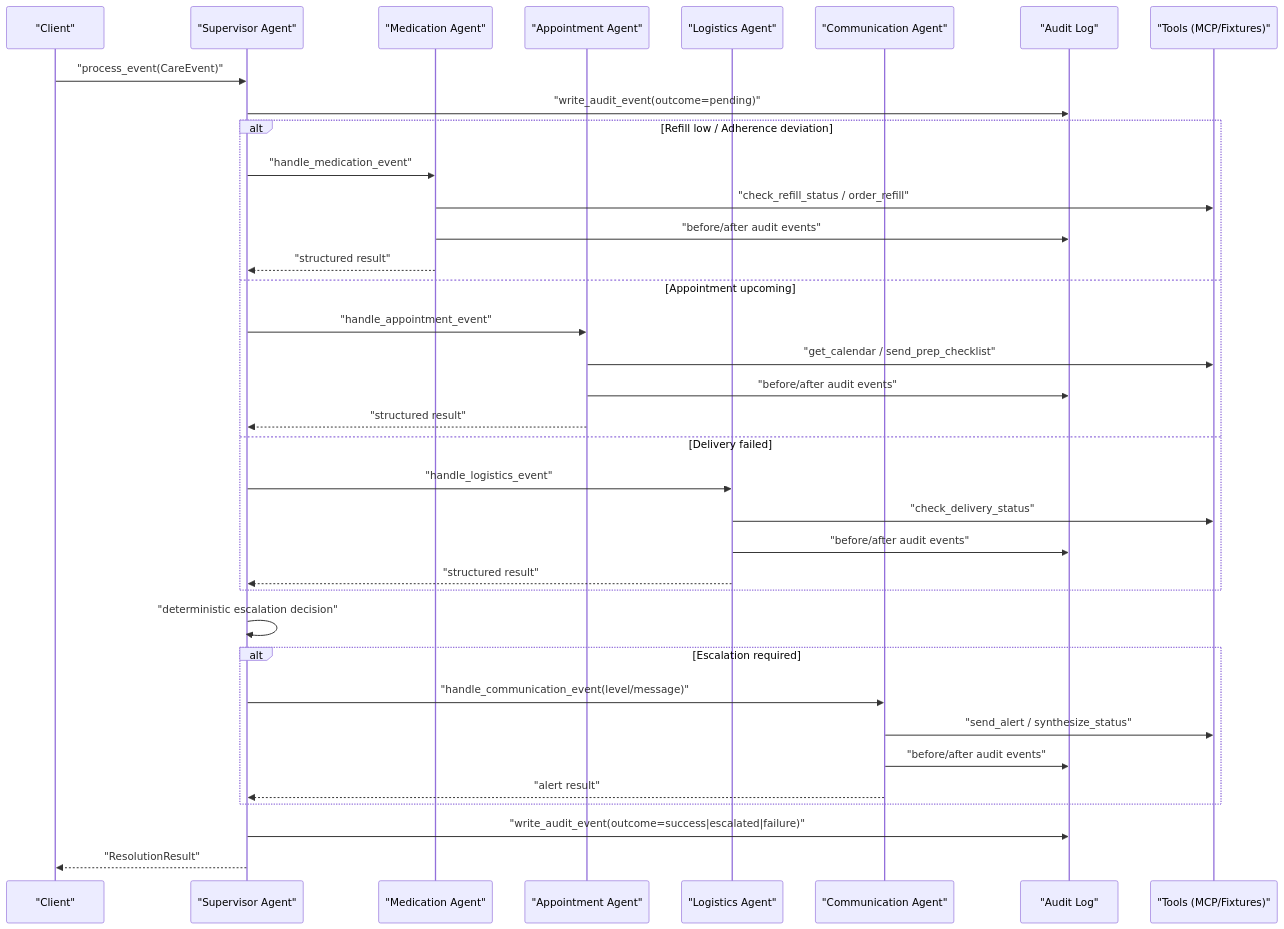
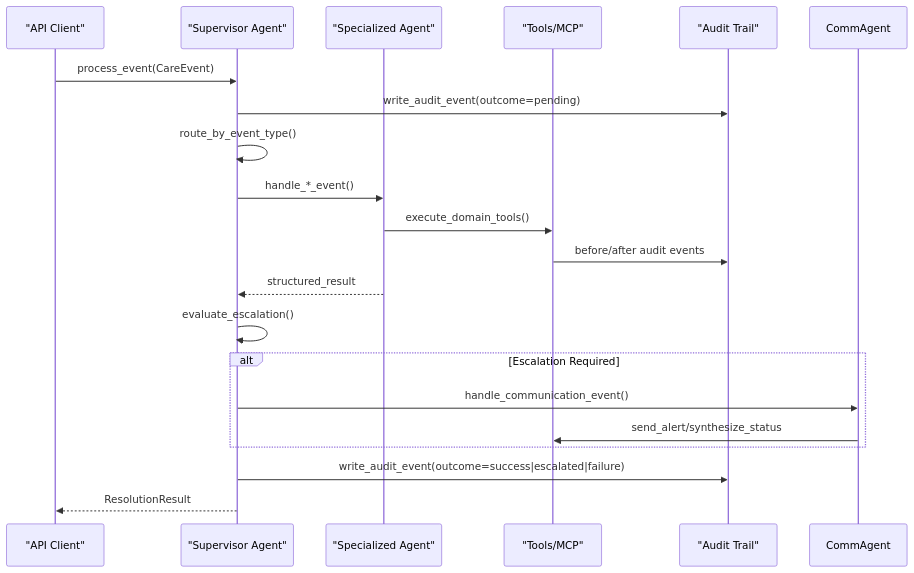
Before and after one commit to infamous-rebel/CareBridge: the fourth of 9 diagrams in .qoder/repowiki/en/content/Architecture Overview/Architecture Overview.md, drawn with Mermaid. The commit also changed other lines of this file and 12 other files, not shown here.

````diff
--- a/.qoder/repowiki/en/content/Architecture Overview/Architecture Overview.md
+++ b/.qoder/repowiki/en/content/Architecture Overview/Architecture Overview.md
@@ -123,38 +207,22 @@
 ```mermaid
 sequenceDiagram
-participant Client as "Client"
+participant Client as "API Client"
 participant Supervisor as "Supervisor Agent"
-participant MedAgent as "Medication Agent"
-participant AptAgent as "Appointment Agent"
-participant LogAgent as "Logistics Agent"
-participant CommAgent as "Communication Agent"
-participant Audit as "Audit Log"
-participant Tools as "Tools (MCP/Fixtures)"
-Client->>Supervisor : "process_event(CareEvent)"
-Supervisor->>Audit : "write_audit_event(outcome=pending)"
-alt Refill low / Adherence deviation
-Supervisor->>MedAgent : "handle_medication_event"
-MedAgent->>Tools : "check_refill_status / order_refill"
-MedAgent->>Audit : "before/after audit events"
-MedAgent-->>Supervisor : "structured result"
-else Appointment upcoming
-Supervisor->>AptAgent : "handle_appointment_event"
-AptAgent->>Tools : "get_calendar / send_prep_checklist"
-AptAgent->>Audit : "before/after audit events"
-AptAgent-->>Supervisor : "structured result"
-else Delivery failed
-Supervisor->>LogAgent : "handle_logistics_event"
-LogAgent->>Tools : "check_delivery_status"
-LogAgent->>Audit : "before/after audit events"
-LogAgent-->>Supervisor : "structured result"
+participant Agent as "Specialized Agent"
+participant Tools as "Tools/MCP"
+participant Audit as "Audit Trail"
+Client->>Supervisor : process_event(CareEvent)
+Supervisor->>Audit : write_audit_event(outcome=pending)
+Supervisor->>Supervisor : route_by_event_type()
+Supervisor->>Agent : handle_*_event()
+Agent->>Tools : execute_domain_tools()
+Tools->>Audit : before/after audit events
+Agent-->>Supervisor : structured_result
+Supervisor->>Supervisor : evaluate_escalation()
+alt Escalation Required
+Supervisor->>CommAgent : handle_communication_event()
+CommAgent->>Tools : send_alert/synthesize_status
 end
-Supervisor->>Supervisor : "deterministic escalation decision"
-alt Escalation required
-Supervisor->>CommAgent : "handle_communication_event(level/message)"
-CommAgent->>Tools : "send_alert / synthesize_status"
-CommAgent->>Audit : "before/after audit events"
-CommAgent-->>Supervisor : "alert result"
-end
-Supervisor->>Audit : "write_audit_event(outcome=success|escalated|failure)"
-Supervisor-->>Client : "ResolutionResult"
+Supervisor->>Audit : write_audit_event(outcome=success|escalated|failure)
+Supervisor-->>Client : ResolutionResult
 ```
````
